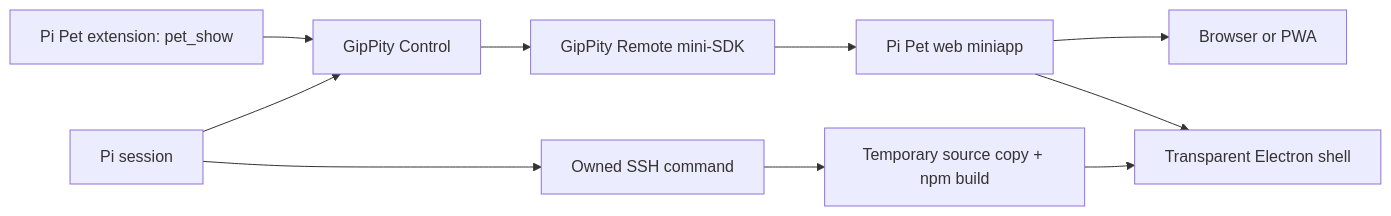
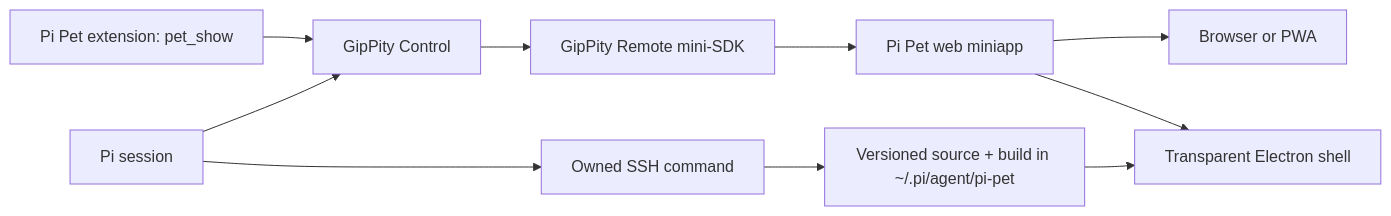
The diagram in packages/pi-pet/docs/architecture.md (IgorWarzocha/howaboua-pi-stuff), drawn with Mermaid before and after one commit. The commit also changed other lines of this file and 6 other files, not shown here.

Commit message:
fix(pi-pet): reuse the remote desktop build

````diff
--- a/packages/pi-pet/docs/architecture.md
+++ b/packages/pi-pet/docs/architecture.md
@@ -3,12 +3,12 @@
 ```mermaid
 flowchart LR
     Pi[Pi session] --> G[GipPity Control]
     Pi --> SSH[Owned SSH command]
-    SSH --> Build[Temporary source copy + npm build]
+    SSH --> Build[Versioned source + build in ~/.pi/agent/pi-pet]
     Build --> Electron[Transparent Electron shell]
     G --> SDK[GipPity Remote mini-SDK]
     SDK --> Web[Pi Pet web miniapp]
     Web --> Browser[Browser or PWA]
     Web --> Electron
     Pet[Pi Pet extension: pet_show] --> G
 ```
````
